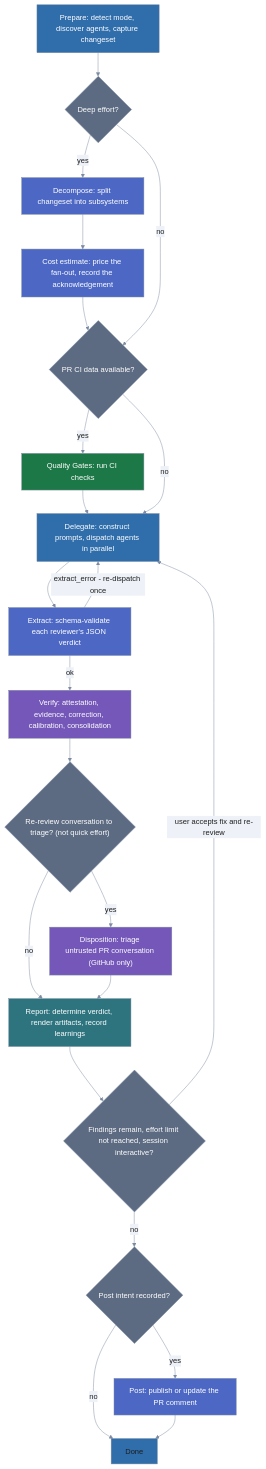
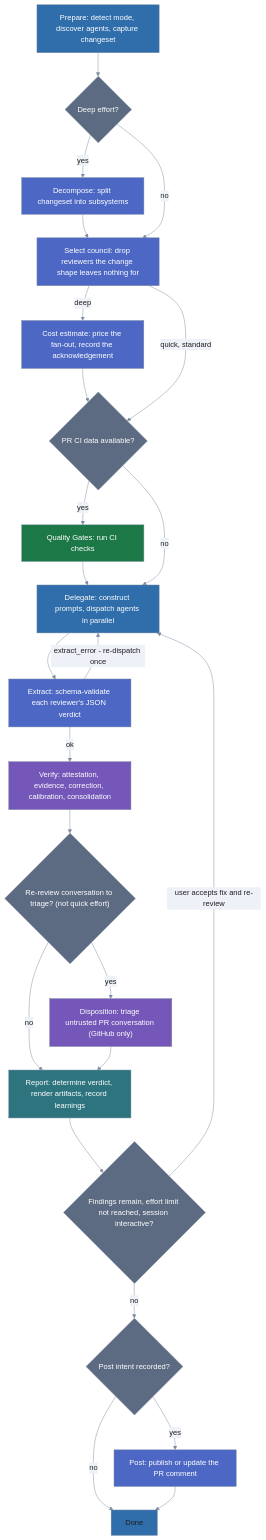
Before and after one commit to lolables/lola-mod-review-council: the second of 2 diagrams in README.md, drawn with Mermaid. The commit also changed other lines of this file and 40 other files, not shown here.

````diff
--- a/README.md
+++ b/README.md
@@ -307,70 +316,73 @@
 ```mermaid
 %%{init: {'theme': 'base', 'themeVariables': {
   'primaryColor': '#2f6dab',
   'primaryTextColor': '#1e1e1e',
   'primaryBorderColor': '#7c8ba1',
   'lineColor': '#7c8ba1',
   'edgeLabelBackground': '#eef2f8',
   'tertiaryColor': 'transparent',
   'tertiaryTextColor': '#7c8ba1',
   'tertiaryBorderColor': '#7c8ba1',
   'clusterBkg': 'transparent',
   'clusterBorder': '#7c8ba1',
   'titleColor': '#7c8ba1',
   'noteBkgColor': '#eef2f8',
   'noteTextColor': '#1e1e1e',
   'fontFamily': 'system-ui, sans-serif'
 }, 'themeCSS': '.node .nodeLabel{color:#ffffff!important;fill:#ffffff!important;}'}}%%
 flowchart TD
   prep["Prepare: detect mode, discover agents, capture changeset"]
   decgate{"Deep effort?"}
   dec["Decompose: split changeset into subsystems"]
+  sel["Select council: drop reviewers the change shape leaves nothing for"]
   cost["Cost estimate: price the fan-out, record the acknowledgement"]
   qg{"PR CI data available?"}
   qgrun["Quality Gates: run CI checks"]
   del["Delegate: construct prompts, dispatch agents in parallel"]
   ext["Extract: schema-validate each reviewer's JSON verdict"]
   ver["Verify: attestation, evidence, correction, calibration, consolidation"]
   dispgate{"Re-review conversation to triage? (not quick effort)"}
   disp["Disposition: triage untrusted PR conversation (GitHub only)"]
   report["Report: determine verdict, render artifacts, record learnings"]
   iter{"Findings remain, effort limit not reached, session interactive?"}
   postgate{"Post intent recorded?"}
   post["Post: publish or update the PR comment"]
   done["Done"]
 
   prep --> decgate
   decgate -->|yes| dec
-  dec --> cost
+  dec --> sel
+  decgate -->|no| sel
+  sel -->|deep| cost
   cost --> qg
-  decgate -->|no| qg
+  sel -->|quick, standard| qg
   qg -->|yes| qgrun
   qgrun --> del
   qg -->|no| del
   del --> ext
   ext -->|extract_error - re-dispatch once| del
   ext -->|ok| ver
   ver --> dispgate
   dispgate -->|yes| disp
   dispgate -->|no| report
   disp --> report
   report --> iter
   iter -->|user accepts fix and re-review| del
   iter -->|no| postgate
   postgate -->|yes| post
   postgate -->|no| done
   post --> done
 
   classDef sysA fill:#2f6dab,color:#ffffff,stroke:#7c8ba1
   classDef sysB fill:#1d7848,color:#ffffff,stroke:#7c8ba1
   classDef sysC fill:#7457b8,color:#ffffff,stroke:#7c8ba1
   classDef sysD fill:#2d747e,color:#ffffff,stroke:#7c8ba1
   classDef sysE fill:#4d68c4,color:#ffffff,stroke:#7c8ba1
   classDef sysF fill:#5c6a82,color:#ffffff,stroke:#7c8ba1
   class prep,del sysA
   class qgrun sysB
   class ver,disp sysC
   class report sysD
-  class dec,cost,ext,post sysE
+  class dec,sel,cost,ext,post sysE
   class qg,iter,dispgate,decgate,postgate sysF
 ```
````
